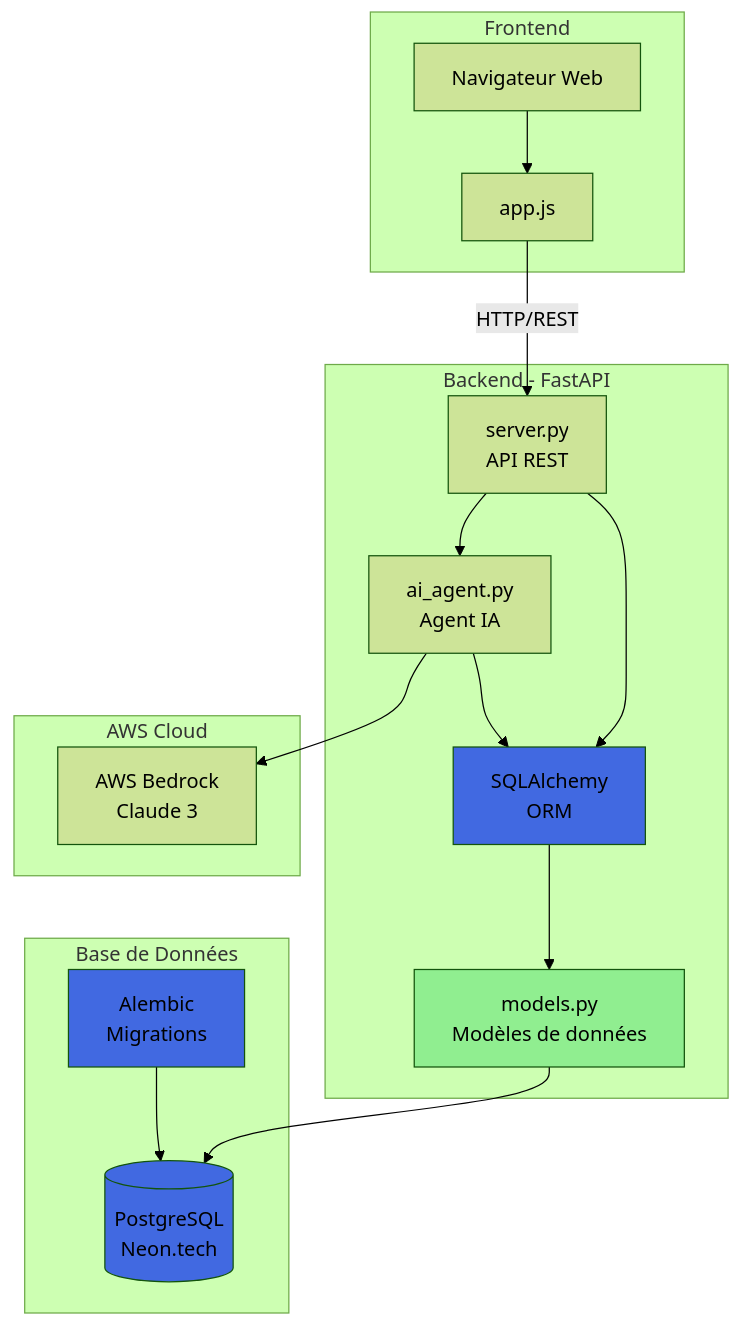
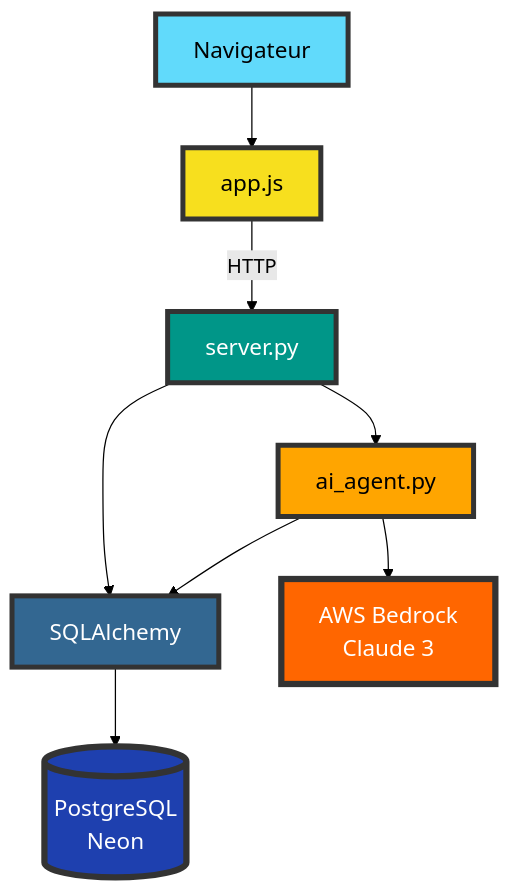
One commit to inskillflow/awsbedrock-demo-1-inmemory changed the sixth of 15 diagrams in documentation/00-ARCHITECTURE.md. Above: the diagram before and after it, drawn with Mermaid (forest theme). The commit also changed other lines of this file, not shown here.

First line of the commit message:
docs: amélioration de la visibilité des diagrammes d'architecture

````diff
--- a/documentation/00-ARCHITECTURE.md
+++ b/documentation/00-ARCHITECTURE.md
@@ -150,42 +206,29 @@
 ```mermaid
 graph TB
-    subgraph "Frontend"
-        Browser[Navigateur Web]
-        JS[app.js]
-    end
+    Browser[Navigateur]
+    JS[app.js]
     
-    subgraph "Backend - FastAPI"
-        API[server.py<br/>API REST]
-        ORM[SQLAlchemy<br/>ORM]
-        Models[models.py<br/>Modèles de données]
-        AI[ai_agent.py<br/>Agent IA]
-    end
+    API[server.py]
+    ORM[SQLAlchemy]
+    AI[ai_agent.py]
     
-    subgraph "Base de Données"
-        Neon[(PostgreSQL<br/>Neon.tech)]
-        Migrations[Alembic<br/>Migrations]
-    end
+    DB[(PostgreSQL<br/>Neon)]
     
-    subgraph "AWS Cloud"
-        Bedrock[AWS Bedrock<br/>Claude 3]
-    end
+    Bedrock[AWS Bedrock<br/>Claude 3]
     
     Browser --> JS
-    JS -->|HTTP/REST| API
-    
+    JS -->|HTTP| API
     API --> ORM
-    ORM --> Models
-    Models --> Neon
-    Migrations --> Neon
-    
+    ORM --> DB
     API --> AI
     AI --> Bedrock
     AI --> ORM
     
-    style Neon fill:#4169E1
-    style Migrations fill:#4169E1
-    style ORM fill:#4169E1
-    
-    classDef new fill:#90EE90
-    class Neon,Migrations,ORM,Models new
+    style Browser fill:#61DAFB,stroke:#333,stroke-width:4px,color:#000,font-size:18px
+    style JS fill:#F7DF1E,stroke:#333,stroke-width:4px,color:#000,font-size:18px
+    style API fill:#009688,stroke:#333,stroke-width:4px,color:#fff,font-size:18px
+    style ORM fill:#336791,stroke:#333,stroke-width:4px,color:#fff,font-size:18px
+    style AI fill:#FFA500,stroke:#333,stroke-width:4px,color:#000,font-size:18px
+    style DB fill:#1E40AF,stroke:#333,stroke-width:5px,color:#fff,font-size:18px
+    style Bedrock fill:#FF6600,stroke:#333,stroke-width:5px,color:#fff,font-size:18px
 ```
````
